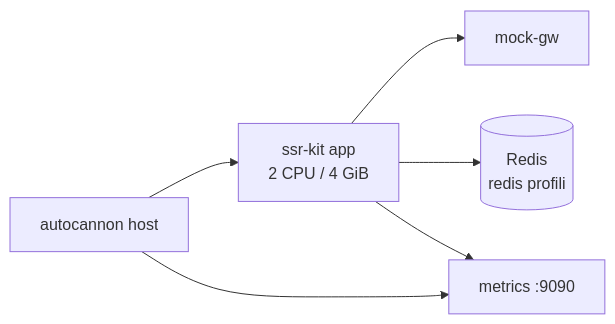
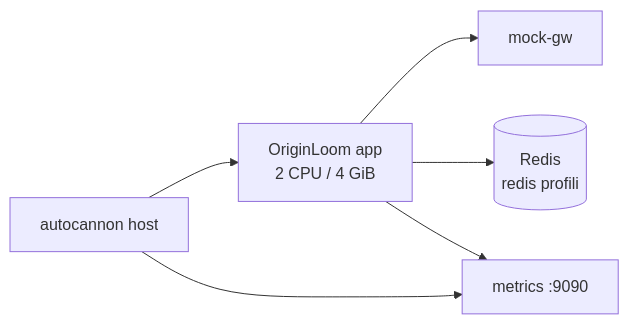
The diagram in docs/load-testing.md (cembakca/OriginLoom), drawn with Mermaid before and after one commit. The commit also changed other lines of this file and 78 other files, not shown here.

First line of the commit message:
refactor: update caching architecture and documentation for Redis integration

````diff
--- a/docs/load-testing.md
+++ b/docs/load-testing.md
@@ -22,8 +22,8 @@
 ```mermaid
 flowchart LR
-  AC[autocannon host] --> APP[ssr-kit app\n2 CPU / 4 GiB]
+  AC[autocannon host] --> APP[OriginLoom app\n2 CPU / 4 GiB]
   APP --> GW[mock-gw]
   APP --> R[(Redis\nredis profili)]
   AC --> MET[metrics :9090]
   APP --> MET
 ```
````
